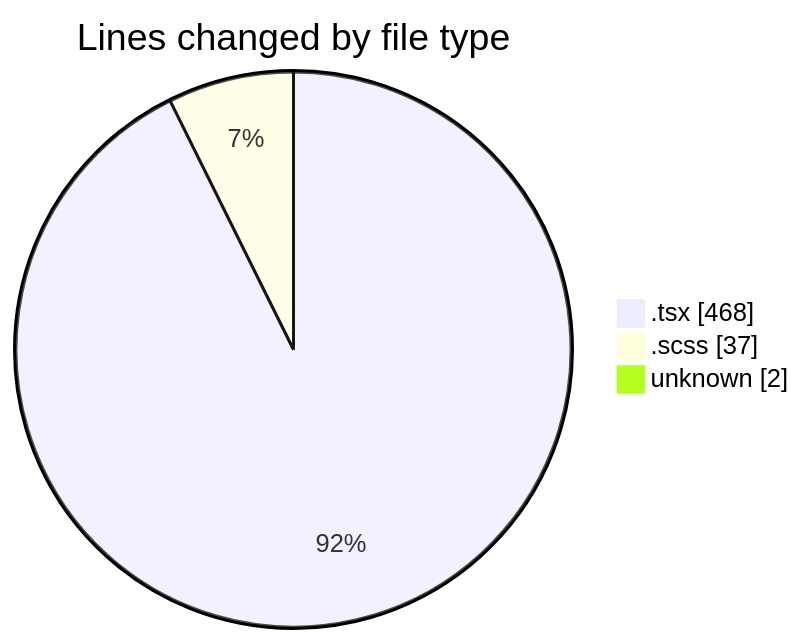
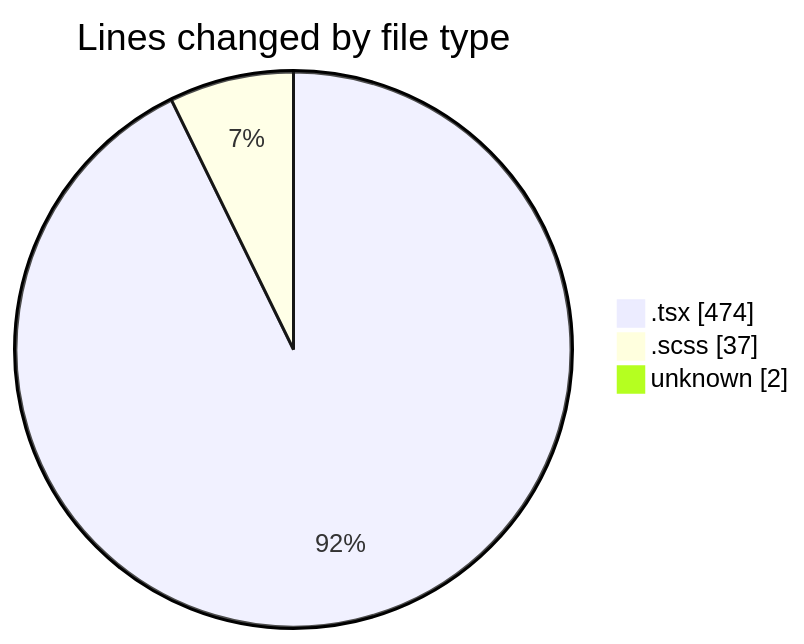
The first of 2 diagrams in 2025-02-13/cda/README.md (momahboobian/code-tracking), drawn with Mermaid before and after one commit. The commit also changed other lines of this file and 1 other file, not shown here.

````diff
--- a/2025-02-13/cda/README.md
+++ b/2025-02-13/cda/README.md
@@ -28,7 +28,7 @@
 ```mermaid
 pie showData
 title Lines changed by file type
-".tsx" : 468
+".tsx" : 474
 ".scss" : 37
 "unknown" : 2
 ```
````
